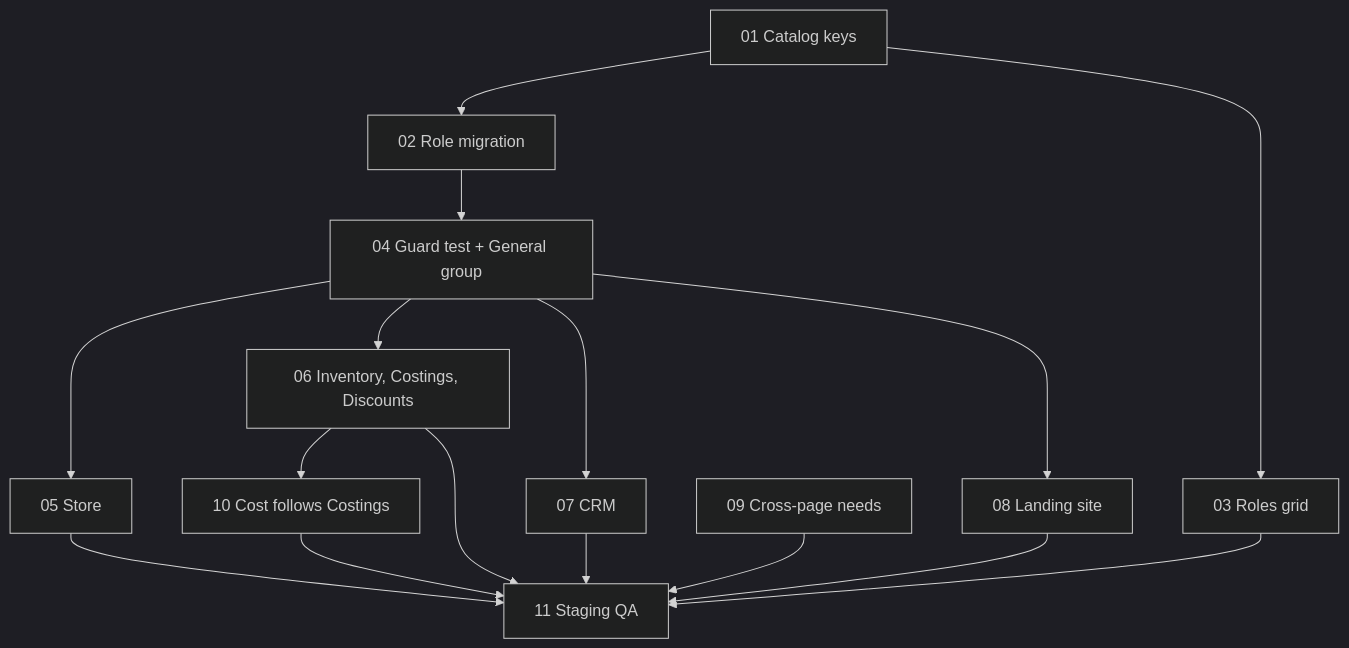
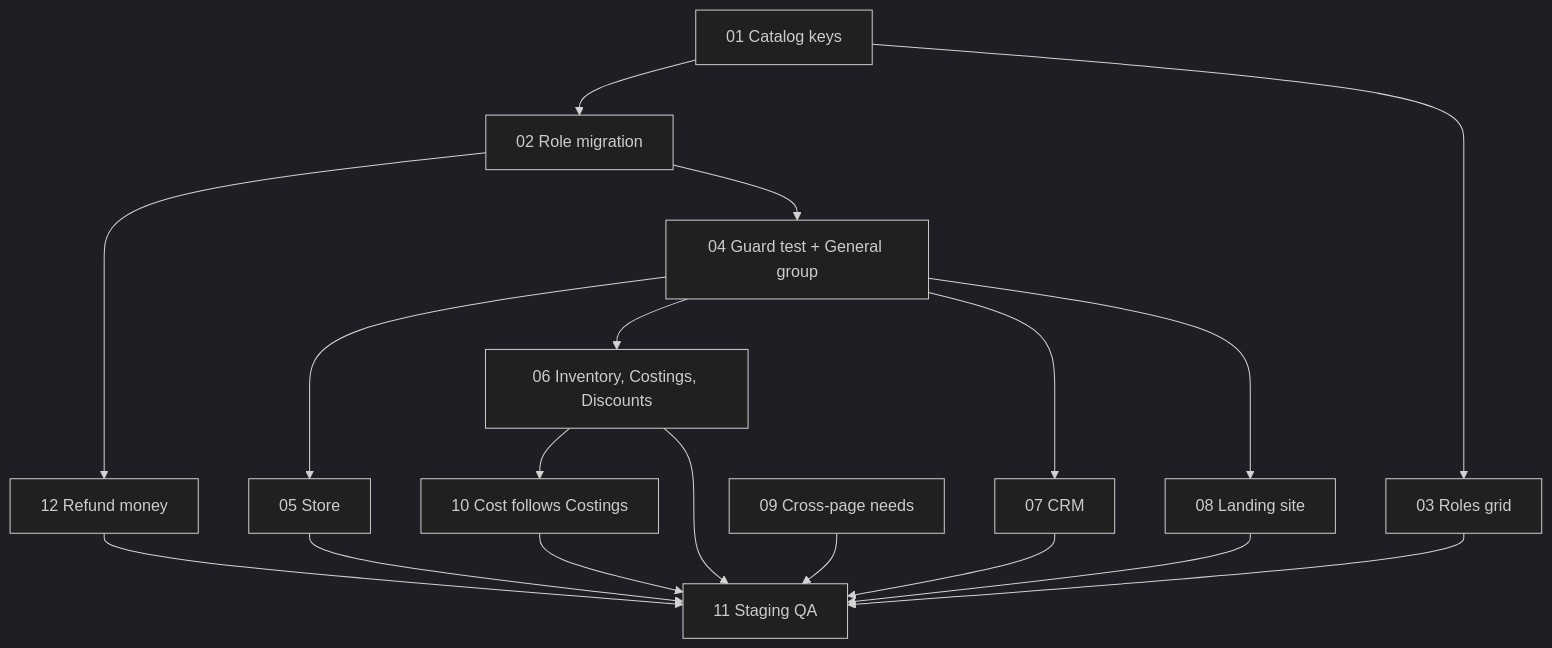
Before and after one commit to ivanyeors/mp: the diagram in .claude/PRD-permissions-view-edit/issues/README.md, drawn with Mermaid (dark theme). The commit also changed other lines of this file and 12 other files, not shown here.

First line of the commit message:
PRD and ADR 0055: owner decisions applied, Refund money gets its own row

````diff
--- a/.claude/PRD-permissions-view-edit/issues/README.md
+++ b/.claude/PRD-permissions-view-edit/issues/README.md
@@ -27,29 +28,32 @@
 ```mermaid
 graph TD
   s01[01 Catalog keys]
   s02[02 Role migration]
   s03[03 Roles grid]
   s04[04 Guard test + General group]
   s05[05 Store]
   s06[06 Inventory, Costings, Discounts]
   s07[07 CRM]
   s08[08 Landing site]
   s09[09 Cross-page needs]
   s10[10 Cost follows Costings]
   s11[11 Staging QA]
+  s12[12 Refund money]
   s01 --> s02
+  s02 --> s12
+  s12 --> s11
   s01 --> s03
   s02 --> s04
   s04 --> s05
   s04 --> s06
   s04 --> s07
   s04 --> s08
   s06 --> s10
   s03 --> s11
   s05 --> s11
   s06 --> s11
   s07 --> s11
   s08 --> s11
   s09 --> s11
   s10 --> s11
 ```
````
